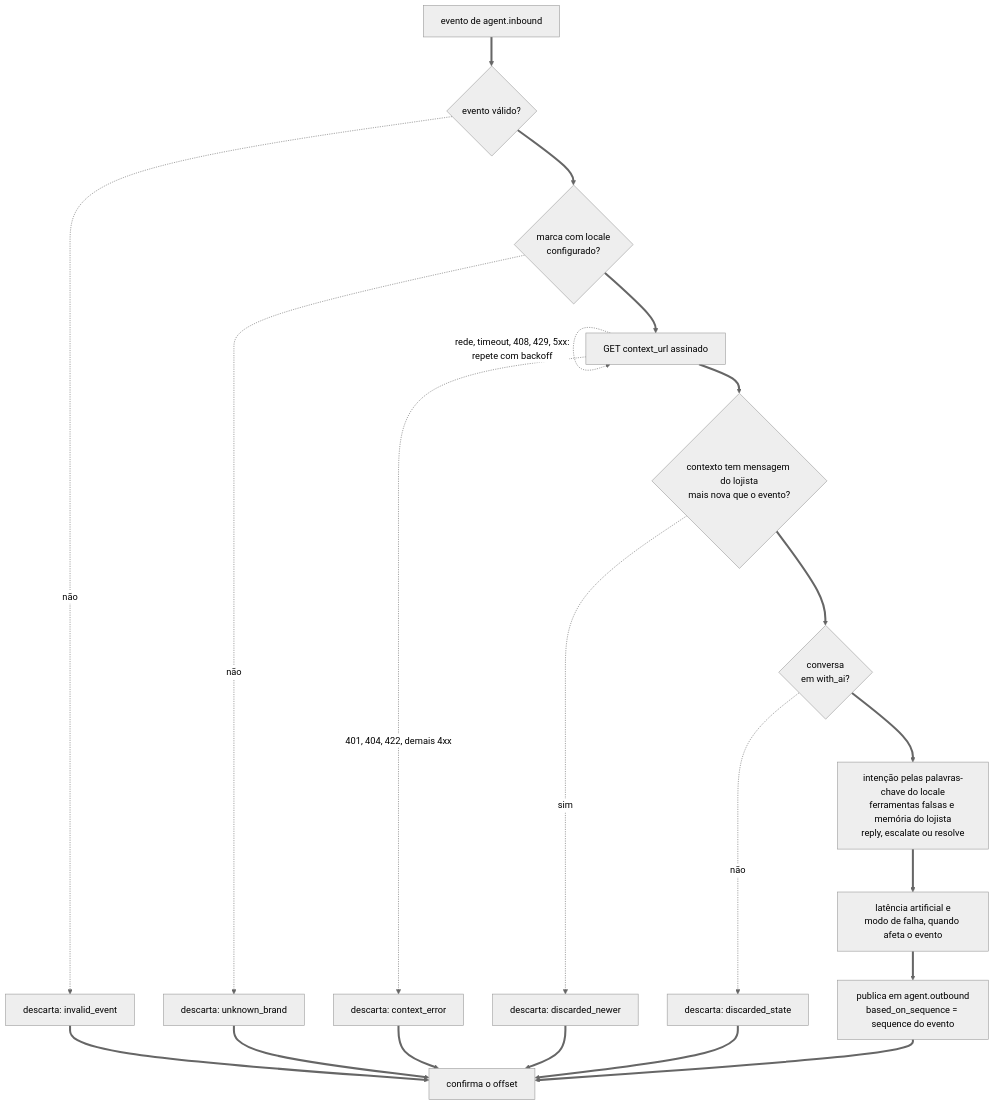
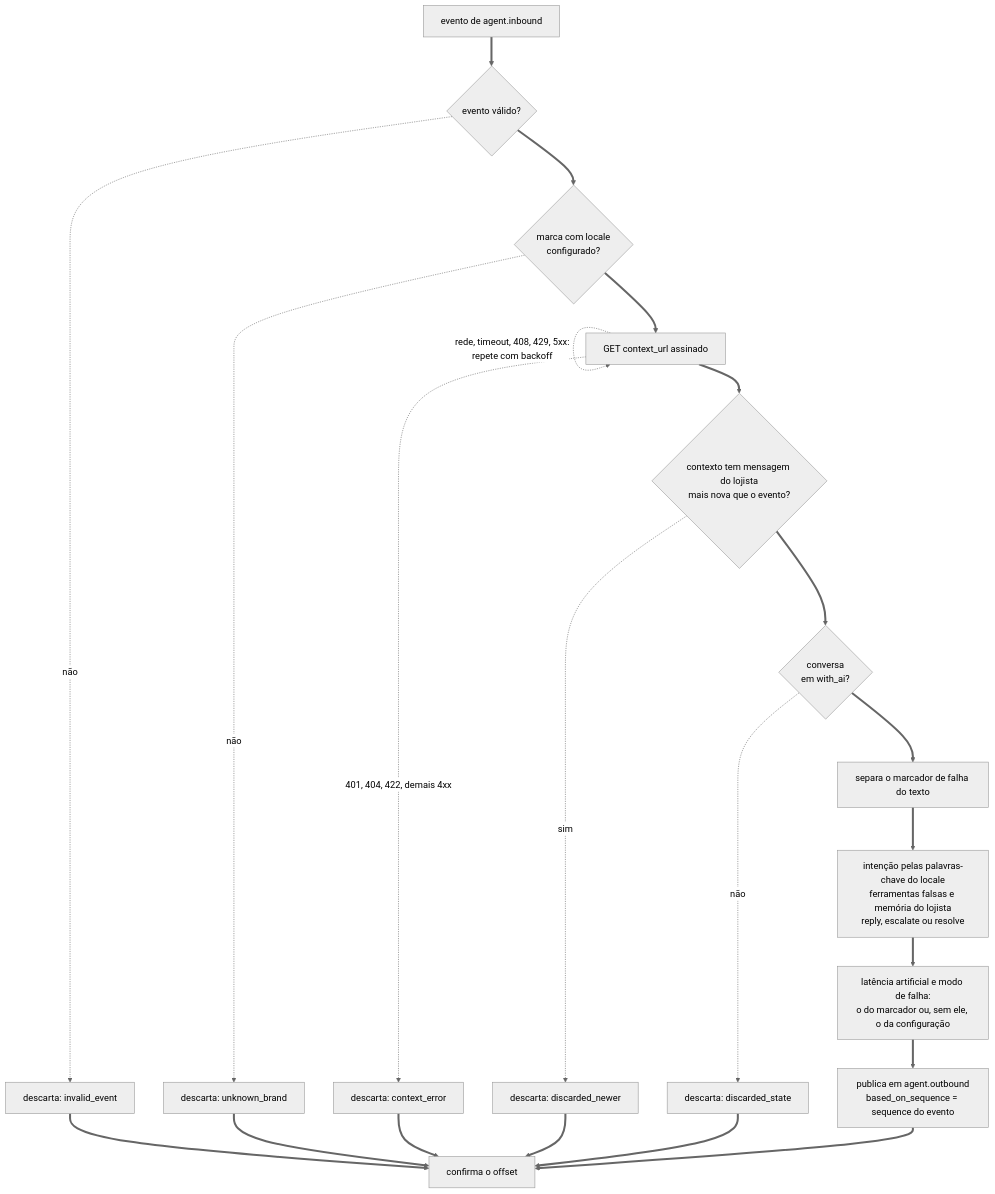
One commit to lcordeirokopke/Cloudesk changed diagram 22 of 23 in documents/arquitetura.md. Above: the diagram before and after it, drawn with Mermaid (neutral theme). The commit also changed other lines of this file and 35 other files, not shown here.

````diff
--- a/documents/arquitetura.md
+++ b/documents/arquitetura.md
@@ -832,23 +852,24 @@
 ```mermaid
 flowchart TB
     EV["evento de agent.inbound"] ==> V{"evento válido?"}
     V -.->|"não"| D1["descarta: invalid_event"]
     V ==> BL{"marca com locale<br/>configurado?"}
     BL -.->|"não"| D2["descarta: unknown_brand"]
     BL ==> CX["GET context_url assinado"]
     CX -.->|"rede, timeout, 408, 429, 5xx:<br/>repete com backoff"| CX
     CX -.->|"401, 404, 422, demais 4xx"| D3["descarta: context_error"]
     CX ==> NW{"contexto tem mensagem do lojista<br/>mais nova que o evento?"}
     NW -.->|"sim"| D4["descarta: discarded_newer"]
     NW ==> SW{"conversa<br/>em with_ai?"}
     SW -.->|"não"| D5["descarta: discarded_state"]
-    SW ==> DEC["intenção pelas palavras-chave do locale<br/>ferramentas falsas e memória do lojista<br/>reply, escalate ou resolve"]
-    DEC ==> LAT["latência artificial e<br/>modo de falha, quando afeta o evento"]
+    SW ==> MK["separa o marcador de falha do texto"]
+    MK ==> DEC["intenção pelas palavras-chave do locale<br/>ferramentas falsas e memória do lojista<br/>reply, escalate ou resolve"]
+    DEC ==> LAT["latência artificial e modo de falha:<br/>o do marcador ou, sem ele, o da configuração"]
     LAT ==> PUB["publica em agent.outbound<br/>based_on_sequence = sequence do evento"]
     PUB ==> OFF["confirma o offset"]
     D1 ==> OFF
     D2 ==> OFF
     D3 ==> OFF
     D4 ==> OFF
     D5 ==> OFF
 ```
````
